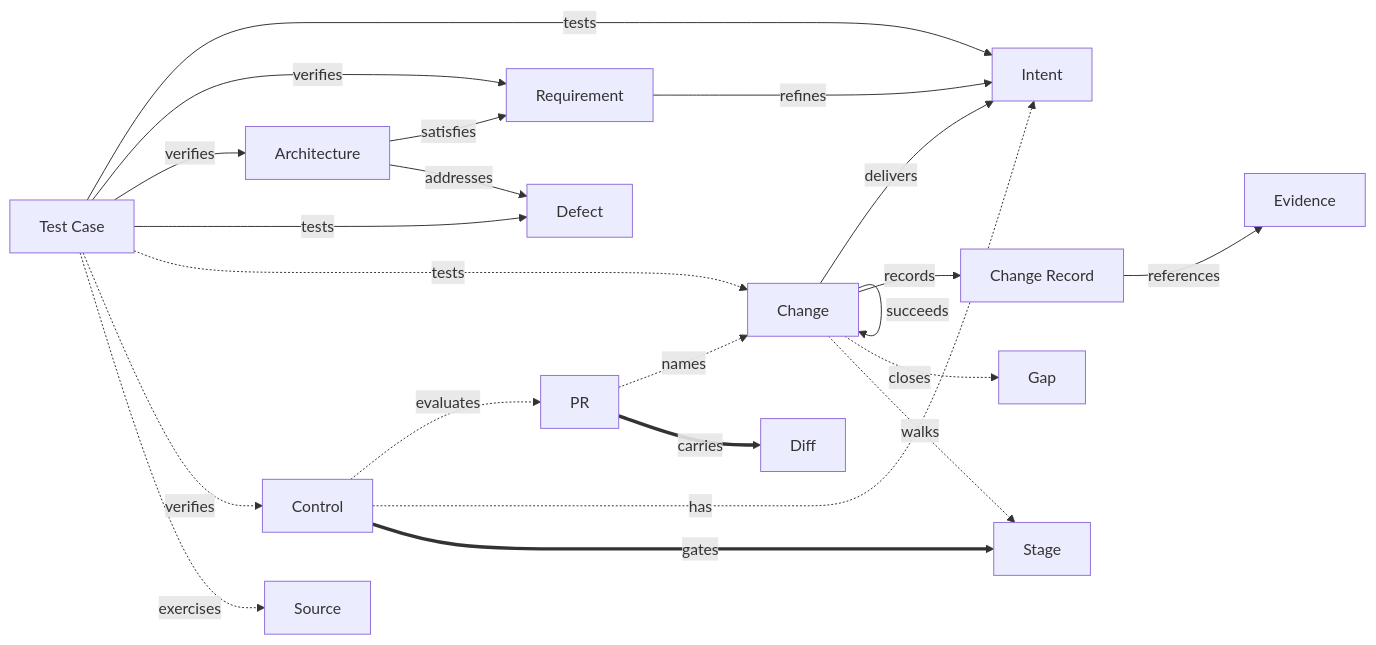
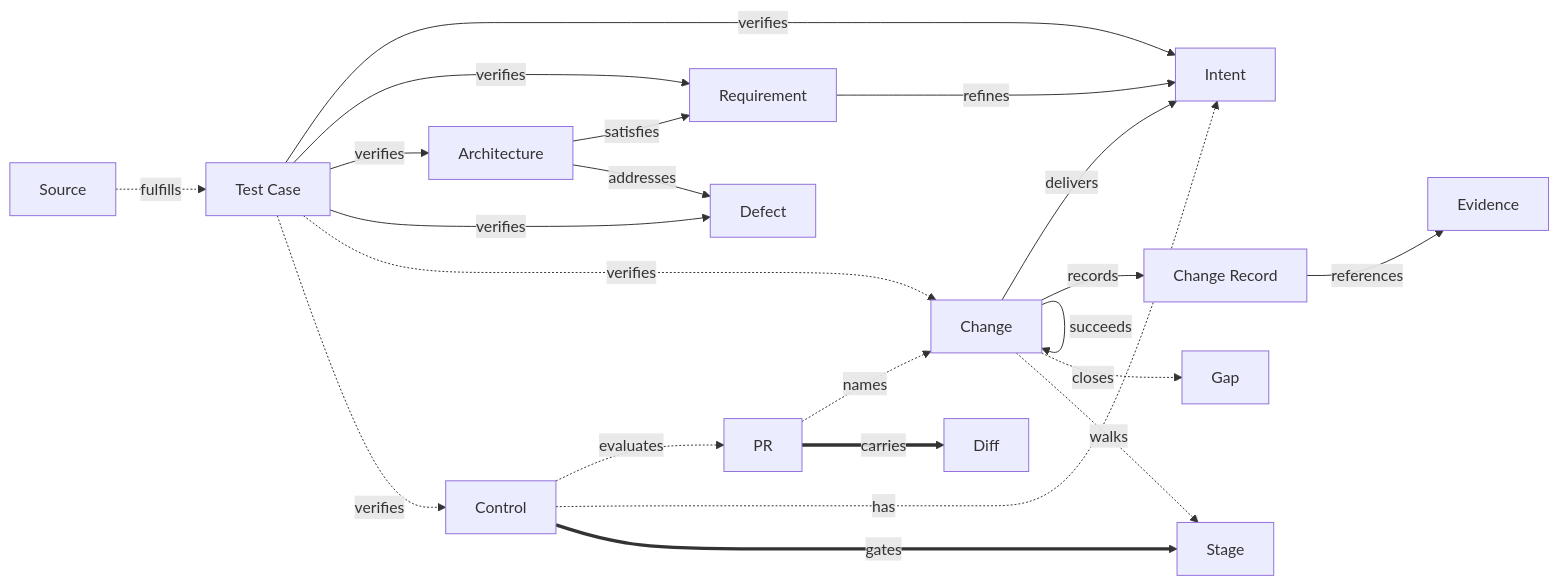
The diagram in engineering/metamodel/metamodel.md (Kai-Hacks-AI/KAAL), drawn with Mermaid before and after one commit. The commit also changed other lines of this file and 6 other files, not shown here.

First line of the commit message:
DO: Source fulfills Test Case and Test Case verifies every verifiable object (release/C71)

````diff
--- a/engineering/metamodel/metamodel.md
+++ b/engineering/metamodel/metamodel.md
@@ -30,24 +30,24 @@
 ```mermaid
 flowchart LR
   Change -->|delivers| Intent
   Requirement -->|refines| Intent
   Architecture -->|satisfies| Requirement
   Architecture -->|addresses| Defect
-  TestCase["Test Case"] -->|tests| Intent
+  TestCase["Test Case"] -->|verifies| Intent
   TestCase -->|verifies| Requirement
   TestCase -->|verifies| Architecture
-  TestCase -->|tests| Defect
+  TestCase -->|verifies| Defect
   Change -->|succeeds| Change
   Change -->|records| ChangeRecord["Change Record"]
   ChangeRecord -->|references| Evidence
   PR -.->|names| Change
   PR ==>|carries| Diff
   Control -.->|evaluates| PR
   Control -.->|has| Intent
-  TestCase -.->|tests| Change
+  TestCase -.->|verifies| Change
   TestCase -.->|verifies| Control
-  TestCase -.->|exercises| Source
+  Source -.->|fulfills| TestCase
   Change -.->|closes| Gap
   Change -.->|walks| Stage
   Control ==>|gates| Stage
 ```
````
